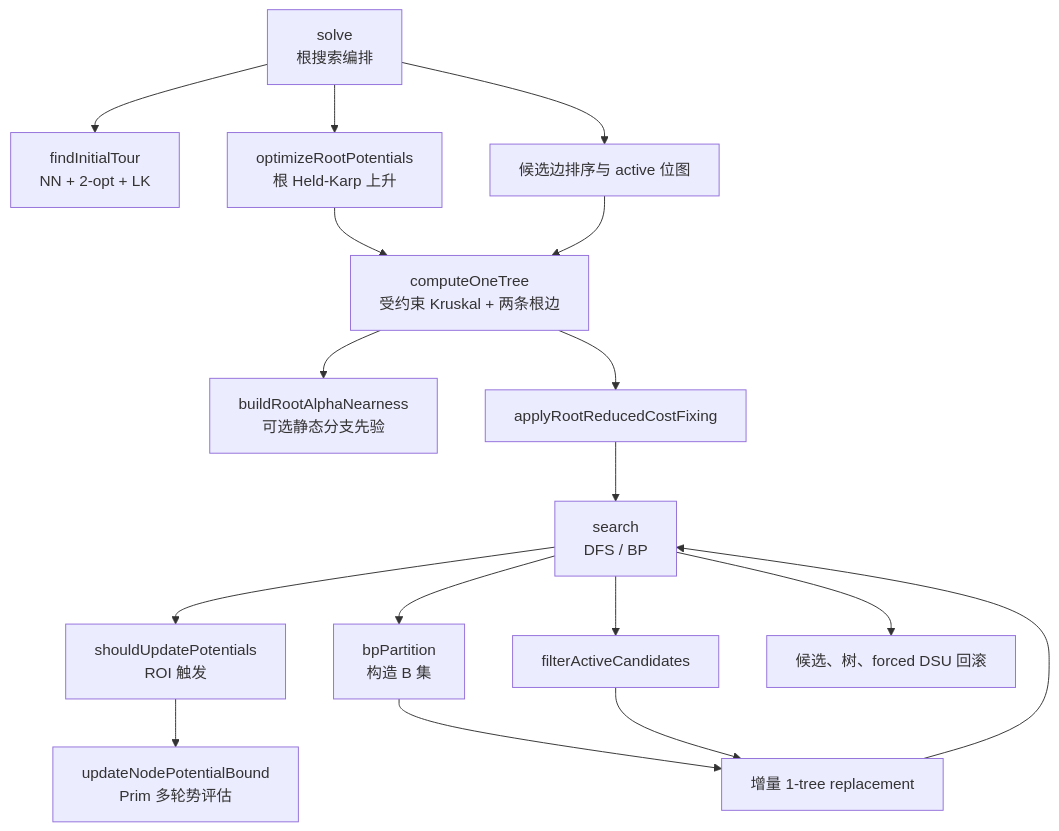
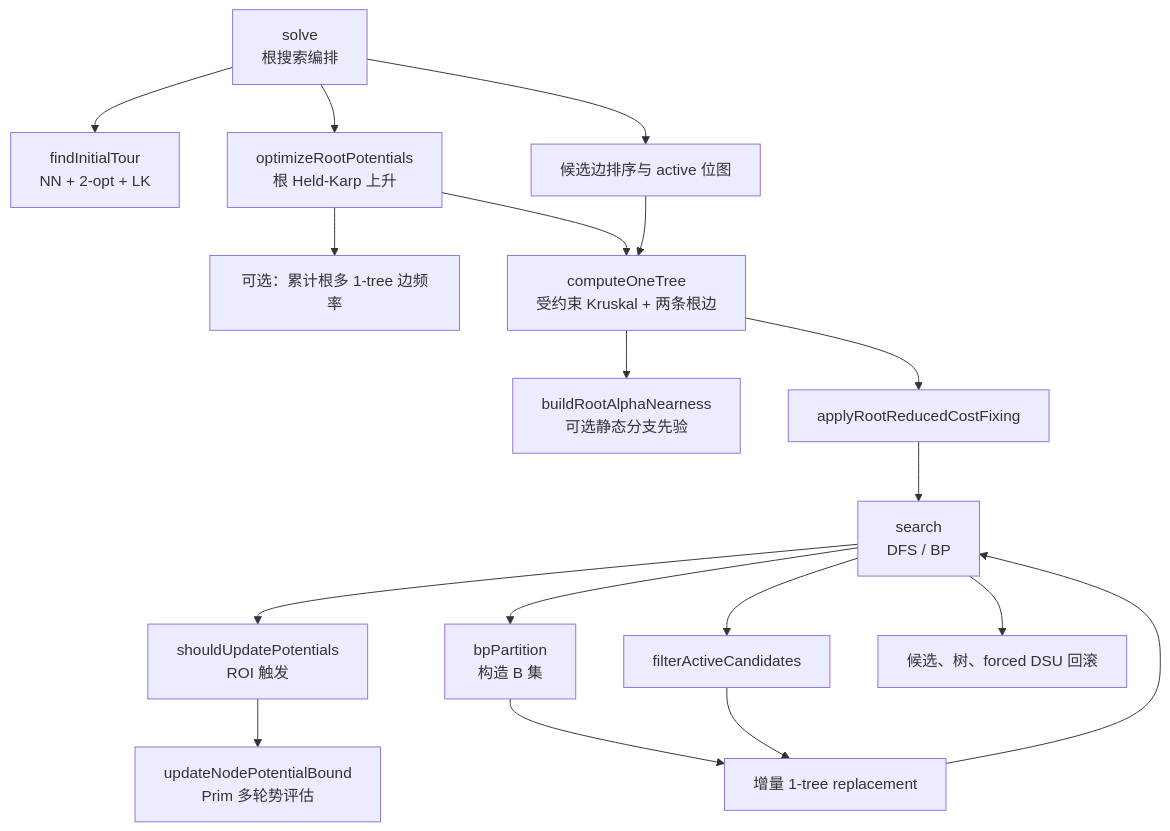
The fourth of 11 diagrams in docs/PHKMST-project-architecture-and-algorithms.md (rAyanami-zqy/TSP), drawn with Mermaid before and after one commit. The commit also changed other lines of this file and 13 other files, not shown here.

````diff
--- a/docs/PHKMST-project-architecture-and-algorithms.md
+++ b/docs/PHKMST-project-architecture-and-algorithms.md
@@ -148,34 +150,36 @@
 ```mermaid
 flowchart TB
     Solve["solve<br/>根搜索编排"]
     Upper["findInitialTour<br/>NN + 2-opt + LK"]
     RootPi["optimizeRootPotentials<br/>根 Held-Karp 上升"]
+    RootFreq["可选：累计根多 1-tree 边频率"]
     Candidate["候选边排序与 active 位图"]
     OneTree["computeOneTree<br/>受约束 Kruskal + 两条根边"]
     Alpha["buildRootAlphaNearness<br/>可选静态分支先验"]
     Fix["applyRootReducedCostFixing"]
     Search["search<br/>DFS / BP"]
     Pot["shouldUpdatePotentials<br/>ROI 触发"]
     PotEval["updateNodePotentialBound<br/>Prim 多轮势评估"]
     Partition["bpPartition<br/>构造 B 集"]
     Filter["filterActiveCandidates"]
     Incremental["增量 1-tree replacement"]
     Rollback["候选、树、forced DSU 回滚"]
 
     Solve --> Upper
     Solve --> RootPi
+    RootPi --> RootFreq
     RootPi --> OneTree
     Solve --> Candidate
     Candidate --> OneTree
     OneTree --> Alpha
     OneTree --> Fix
     Fix --> Search
     Search --> Pot
     Pot --> PotEval
     Search --> Partition
     Partition --> Incremental
     Search --> Filter
     Filter --> Incremental
     Incremental --> Search
     Search --> Rollback
 ```
````
